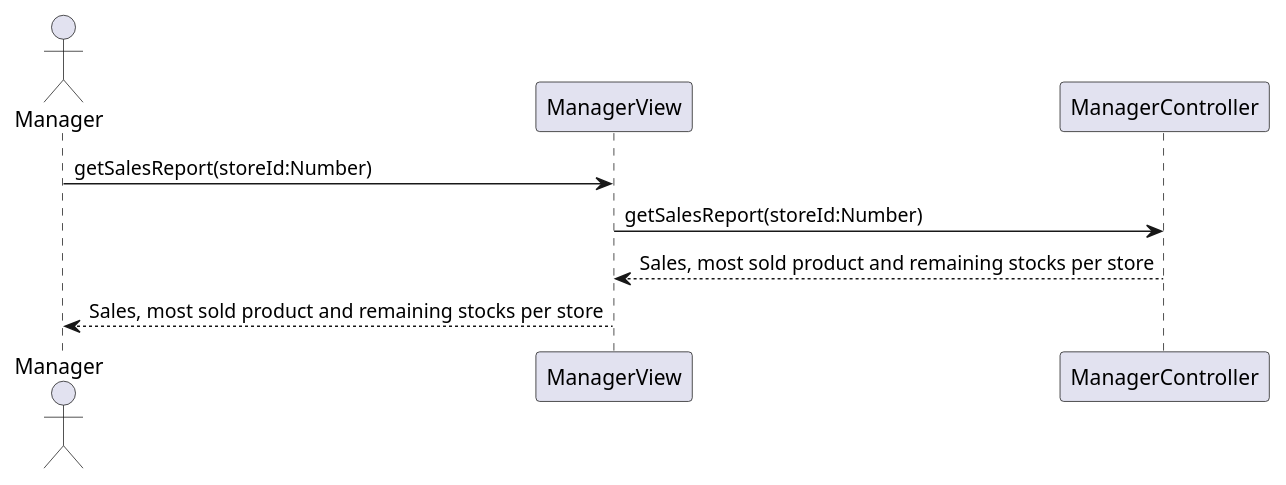
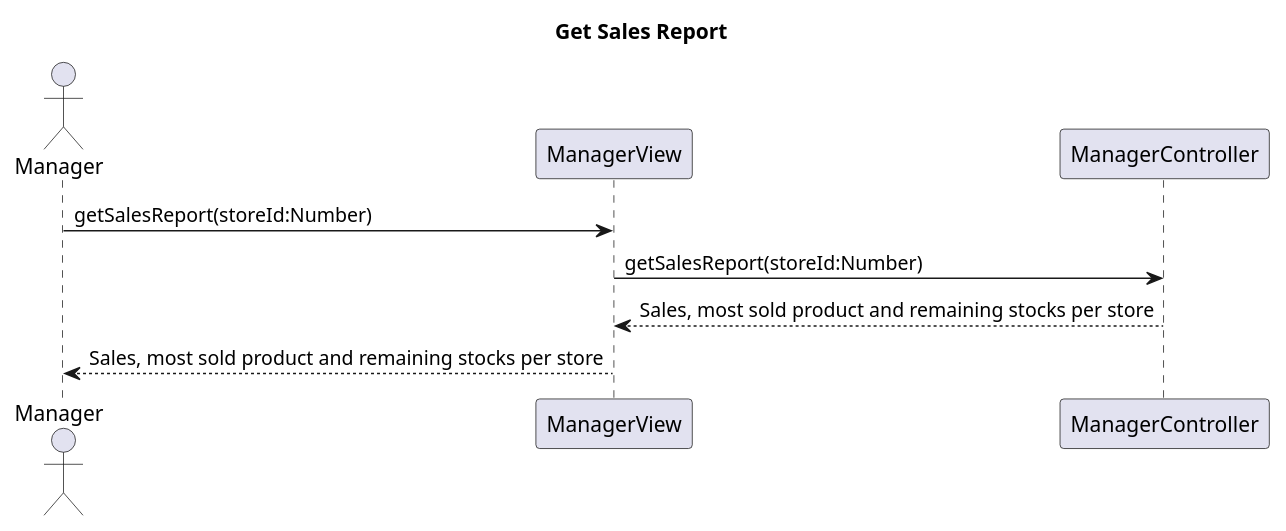
One commit to ThePhobosDeimosSuite/laboratoire-0_log430 changed the diagram in docs/UML/process/get-sales-report.puml. Above: the diagram before and after it, drawn with PlantUML. The commit also changed 15 other files, not shown here.

```diff
--- a/docs/UML/process/get-sales-report.puml
+++ b/docs/UML/process/get-sales-report.puml
@@ -1,8 +1,9 @@
 @startuml get-sales-report
+title Get Sales Report
 actor Manager
 
 Manager -> ManagerView : getSalesReport(storeId:Number)
 ManagerView -> ManagerController : getSalesReport(storeId:Number)
 ManagerController --> ManagerView  : Sales, most sold product and remaining stocks per store
 ManagerView --> Manager : Sales, most sold product and remaining stocks per store
 @enduml
```
